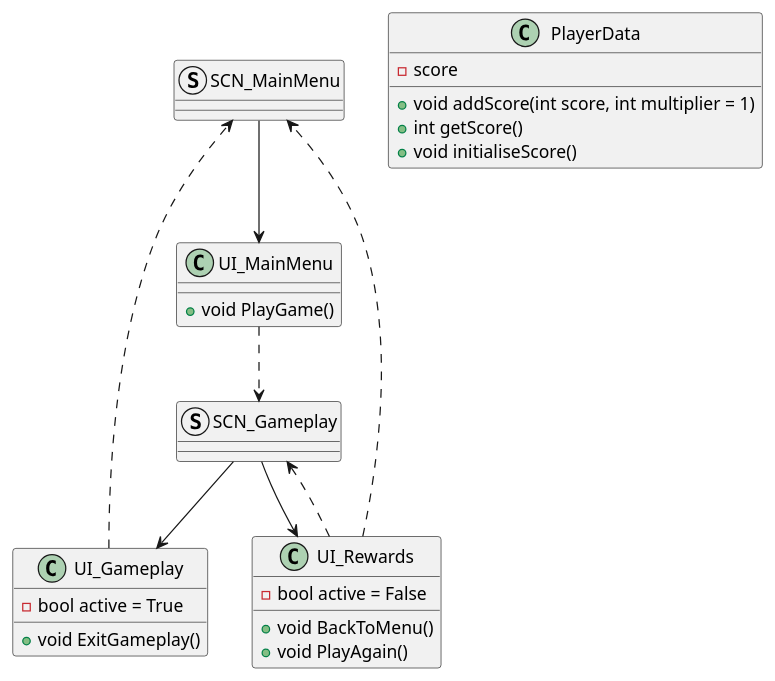
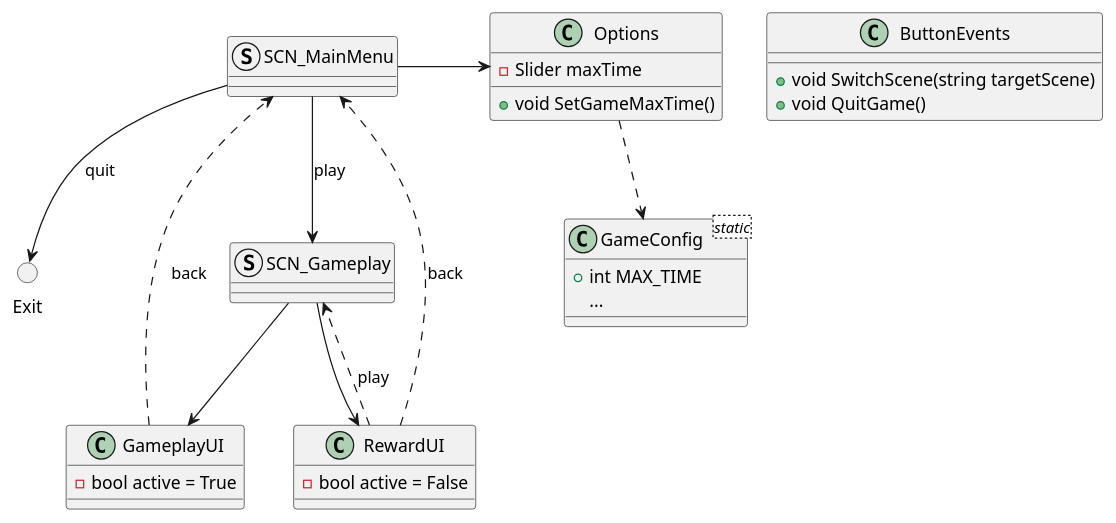
Before and after one commit to ItsAuro/grzegorz.mikulski.basket-challenge: the diagram in Docs/ApplicationUIFlow.puml, drawn with PlantUML. The commit also changed 3 other files, not shown here.

```diff
--- a/Docs/ApplicationUIFlow.puml
+++ b/Docs/ApplicationUIFlow.puml
@@ -1,36 +1,34 @@
 struct SCN_MainMenu
 struct SCN_Gameplay
 
-class UI_MainMenu {
-  + void PlayGame()
+
+class "GameConfig<static>" as GameConfig {
+  + int MAX_TIME
+  ...
 }
+class GameplayUI{
+  - bool active = True
+}
+class RewardUI{
+  - bool active = False
+}
+class Options{
+  - Slider maxTime
+  + void SetGameMaxTime()
+}
+class ButtonEvents{
+  + void SwitchScene(string targetScene)
+  + void QuitGame()
+}
+circle Exit
 
-SCN_MainMenu --> UI_MainMenu
+SCN_Gameplay --> GameplayUI
+SCN_Gameplay --> RewardUI
+SCN_MainMenu --> SCN_Gameplay : play
+SCN_MainMenu --> Exit : quit
+SCN_MainMenu -> Options
 
-UI_MainMenu ..> SCN_Gameplay
-
-
-
-class UI_Gameplay{
-  - bool active = True
-  + void ExitGameplay()
-}
-class UI_Rewards{
-  - bool active = False
-  + void BackToMenu()
-  + void PlayAgain()
-}
-
-SCN_Gameplay --> UI_Gameplay
-SCN_Gameplay --> UI_Rewards
-UI_Rewards ..> SCN_Gameplay
-UI_Rewards ..> SCN_MainMenu
-UI_Gameplay ..> SCN_MainMenu
-
-class PlayerData {
-  - score
-  + void addScore(int score, int multiplier = 1)
-  + int getScore()
-  + void initialiseScore()
-  
-}
+RewardUI ..> SCN_Gameplay : play
+RewardUI ..> SCN_MainMenu : back
+GameplayUI ..> SCN_MainMenu : back
+Options ..> GameConfig
```
